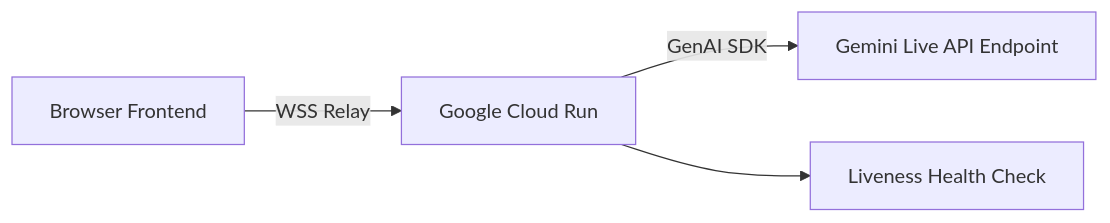
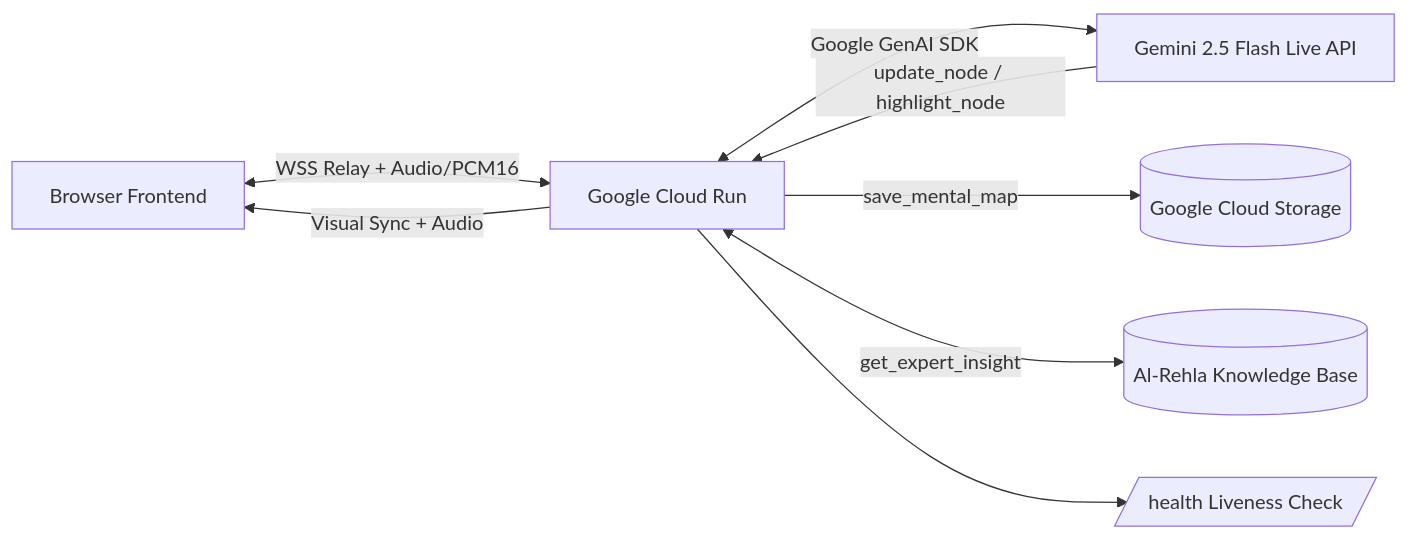
One commit to M7mdRef3t/dawayir-live-agent changed the second of 2 diagrams in ARCHITECTURE.md. Above: the diagram before and after it, drawn with Mermaid. The commit also changed other lines of this file and 37 other files, not shown here.

````diff
--- a/ARCHITECTURE.md
+++ b/ARCHITECTURE.md
@@ -62,6 +74,10 @@
 ```mermaid
 graph LR
-    FE[Browser Frontend] -->|WSS Relay| CR[Google Cloud Run]
-    CR -->|GenAI SDK| GL[Gemini Live API Endpoint]
-    CR --> H[Liveness Health Check]
+    FE[Browser Frontend] <-->|WSS Relay + Audio/PCM16| CR[Google Cloud Run]
+    CR <-->|Google GenAI SDK| GEM[Gemini 2.5 Flash Live API]
+    CR -->|save_mental_map| GCS[(Google Cloud Storage)]
+    CR <-->|get_expert_insight| KB[(Al-Rehla Knowledge Base)]
+    GEM -->|update_node / highlight_node| CR
+    CR -->|Visual Sync + Audio| FE
+    CR --> H[/health Liveness Check/]
 ```
````
